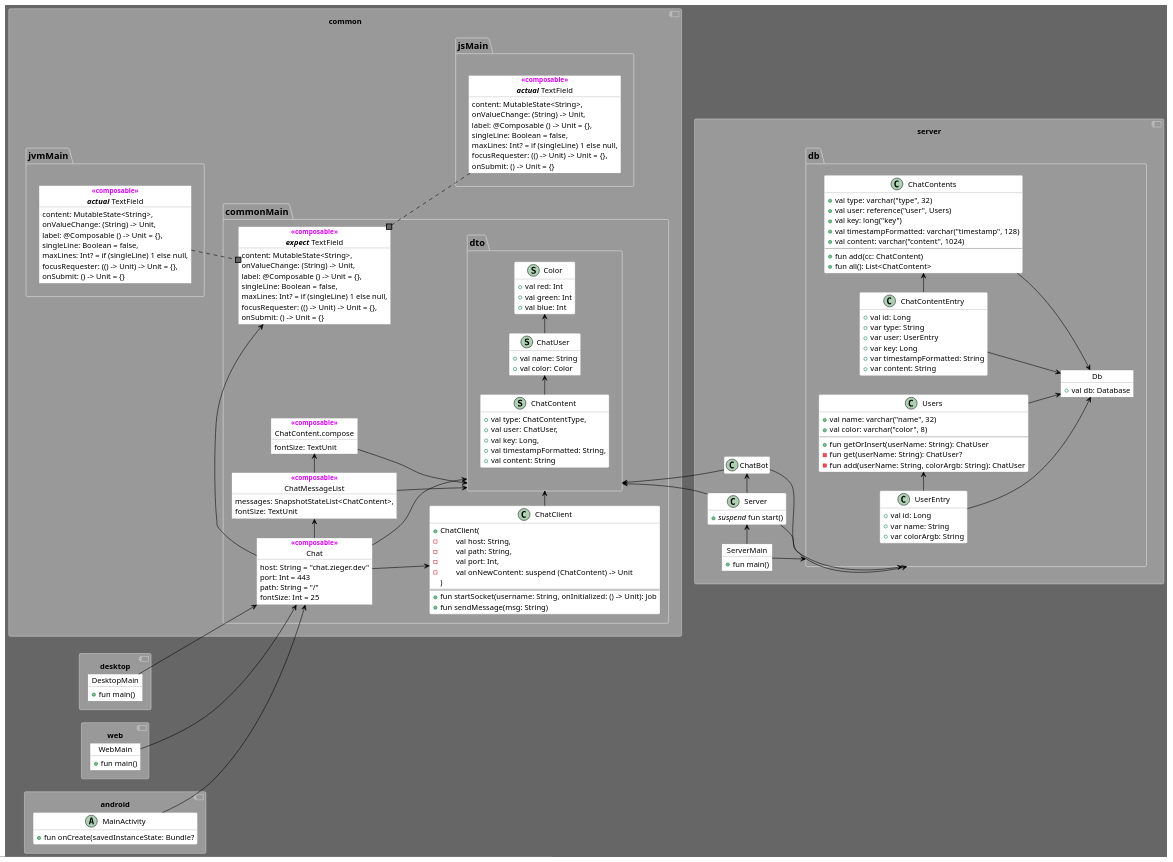
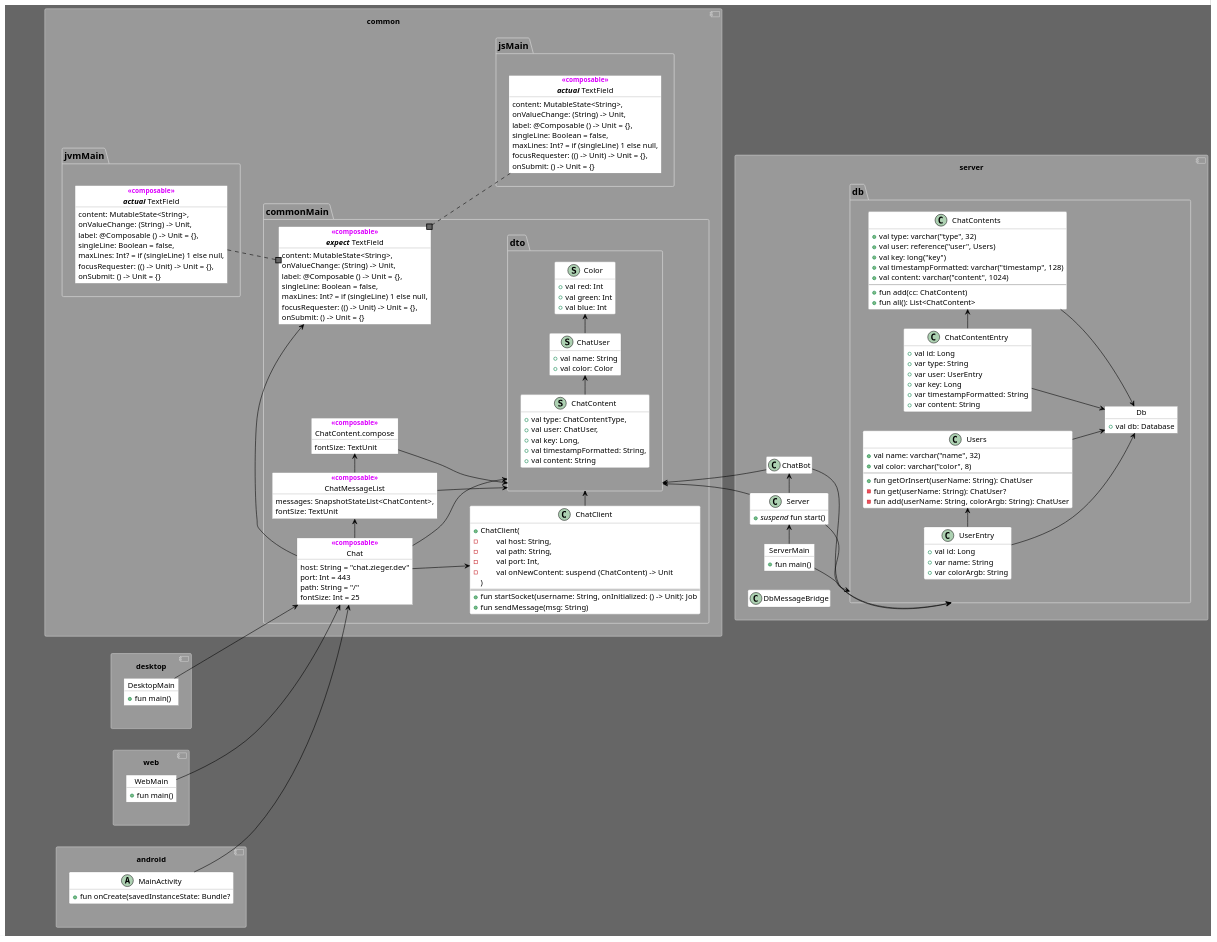
Before and after one commit to SaschaZ/KotlinMpChatDemo: the diagram in doc/puml/Classes.puml, drawn with PlantUML. The commit also changed 4 other files, not shown here.

```diff
--- a/doc/puml/Classes.puml
+++ b/doc/puml/Classes.puml
@@ -1,5 +1,6 @@
 @startuml
 'https://plantuml.com/class-diagram 
+'idea.partialRender
 
 left to right direction
 
@@ -196,6 +197,7 @@
         +//suspend// fun start()
     }
     class ChatBot
+    class DbMessageBridge
 }
     package db {
         object Db {
@@ -251,27 +253,28 @@
     ChatBot --> db
 }
 
-together {
-    component [desktop] {
-        object DesktopMain {
-            +fun main()
-        }
-        DesktopMain --> Chat
+component desktop {
+    object DesktopMain {
+        +fun main()
     }
-
-    component web {
-        object WebMain {
-            +fun main()
-        }
-        WebMain --> Chat
-    }
-
-    component android {
-        class MainActivity <<activity>> {
-            +fun onCreate(savedInstanceState: Bundle?
-        }
-        MainActivity --> Chat
-    }
+    DesktopMain --> Chat
 }
 
+component web {
+    object WebMain {
+        +fun main()
+    }
+    WebMain --> Chat
+}
+
+component android {
+    class MainActivity <<activity>> {
+        +fun onCreate(savedInstanceState: Bundle?
+    }
+    MainActivity --> Chat
+}
+
+desktop -[hidden] web
+web -[hidden] android
+
 @enduml
```
